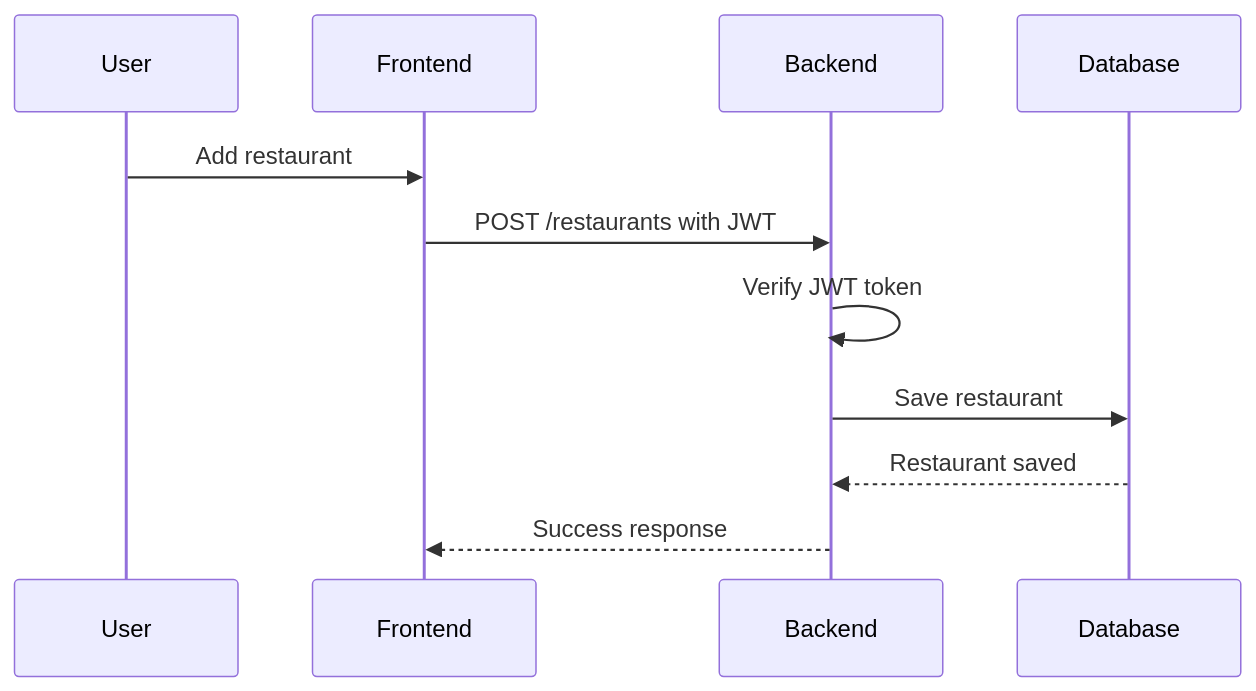
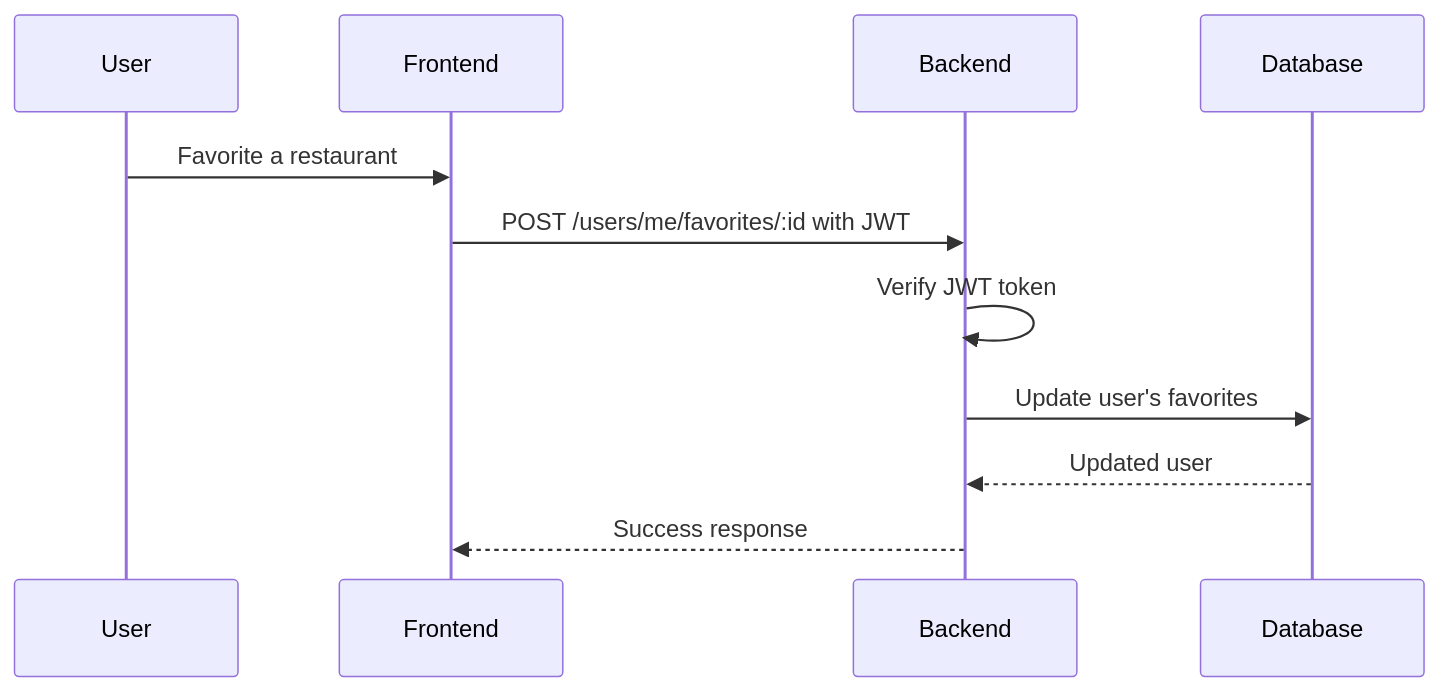
The third of 3 diagrams in README.md (MillzMez/bytezApp), drawn with Mermaid before and after one commit. The commit also changed other lines of this file and 5 other files, not shown here.

First line of the commit message:
persist favorites, notes, and moods to backend; add project docs

````diff
--- a/README.md
+++ b/README.md
@@ -151,14 +223,14 @@
 ```mermaid
 sequenceDiagram
     participant User
     participant Frontend
     participant Backend
     participant Database
 
-    User->>Frontend: Add restaurant
-    Frontend->>Backend: POST /restaurants with JWT
+    User->>Frontend: Favorite a restaurant
+    Frontend->>Backend: POST /users/me/favorites/:id with JWT
     Backend->>Backend: Verify JWT token
-    Backend->>Database: Save restaurant
-    Database-->>Backend: Restaurant saved
+    Backend->>Database: Update user's favorites
+    Database-->>Backend: Updated user
     Backend-->>Frontend: Success response
 ```
````
